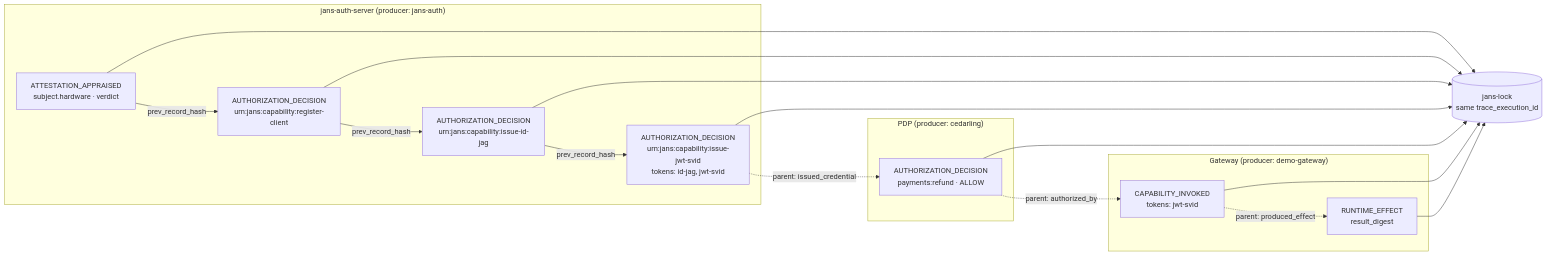
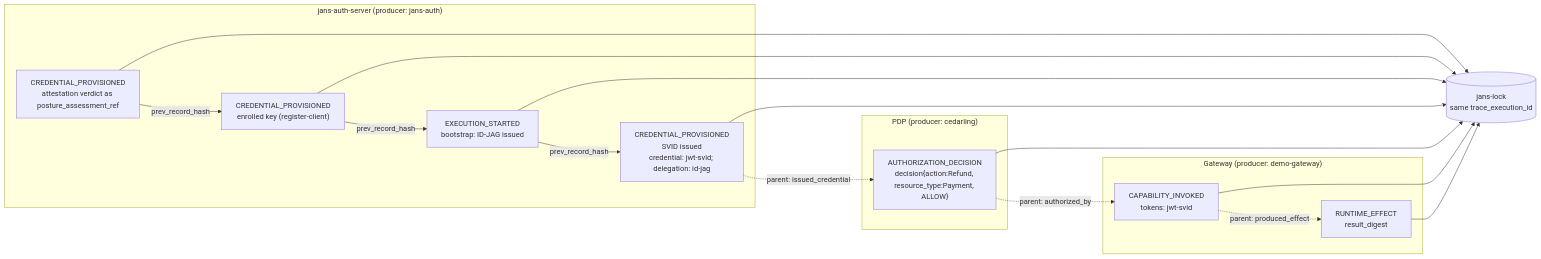
The fifth of 6 diagrams in hardware-anchored-identity.md (nynymike/lock-server-design), drawn with Mermaid before and after one commit. The commit also changed other lines of this file, not shown here.

First line of the commit message:
Conform hardware-anchored identity TRACE records to the GovOps schema

````diff
--- a/hardware-anchored-identity.md
+++ b/hardware-anchored-identity.md
@@ -1123,22 +1131,22 @@
 ```mermaid
 flowchart LR
     subgraph AS["jans-auth-server (producer: jans-auth)"]
-        E1["ATTESTATION_APPRAISED<br/>subject.hardware · verdict"]
-        E2["AUTHORIZATION_DECISION<br/>urn:jans:capability:register-client"]
-        E3["AUTHORIZATION_DECISION<br/>urn:jans:capability:issue-id-jag"]
-        E4["AUTHORIZATION_DECISION<br/>urn:jans:capability:issue-jwt-svid<br/>tokens: id-jag, jwt-svid"]
+        E1["CREDENTIAL_PROVISIONED<br/>attestation verdict as posture_assessment_ref"]
+        E2["CREDENTIAL_PROVISIONED<br/>enrolled key (register-client)"]
+        E3["EXECUTION_STARTED<br/>bootstrap: ID-JAG issued"]
+        E4["CREDENTIAL_PROVISIONED<br/>SVID issued<br/>credential: jwt-svid; delegation: id-jag"]
     end
     subgraph PDP["PDP (producer: cedarling)"]
-        E5["AUTHORIZATION_DECISION<br/>payments:refund · ALLOW"]
+        E5["AUTHORIZATION_DECISION<br/>decision{action:Refund, resource_type:Payment, ALLOW}"]
     end
     subgraph PEP["Gateway (producer: demo-gateway)"]
         E6["CAPABILITY_INVOKED<br/>tokens: jwt-svid"]
         E7["RUNTIME_EFFECT<br/>result_digest"]
     end
     E1 -- "prev_record_hash" --> E2 -- "prev_record_hash" --> E3 -- "prev_record_hash" --> E4
     E4 -. "parent: issued_credential" .-> E5
     E5 -. "parent: authorized_by" .-> E6
     E6 -. "parent: produced_effect" .-> E7
     L[("jans-lock<br/>same trace_execution_id")]
     E1 & E2 & E3 & E4 & E5 & E6 & E7 --> L
 ```
````
